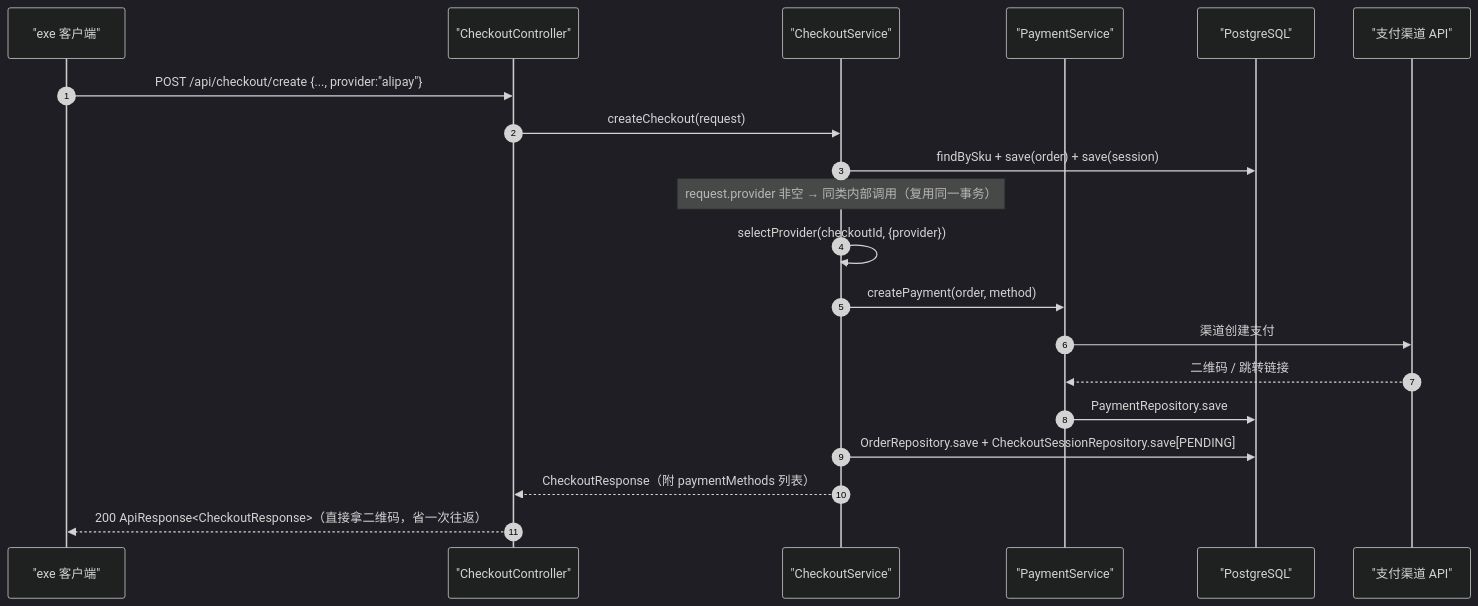
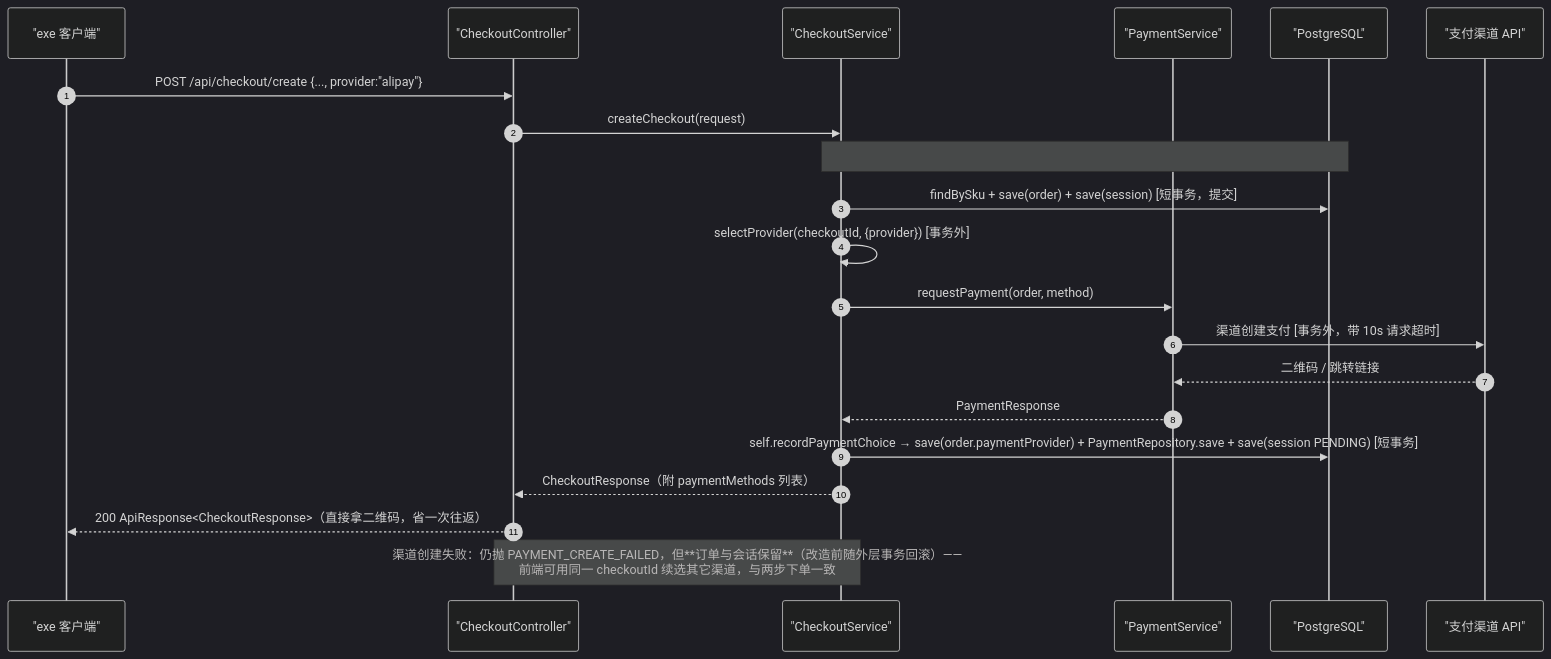
Before and after one commit to qingchuang12/billing-license-service: the eighth of 21 diagrams in docs/接口调用时序图.md, drawn with Mermaid (dark theme). The commit also changed other lines of this file and 9 other files, not shown here.

````diff
--- a/docs/接口调用时序图.md
+++ b/docs/接口调用时序图.md
@@ -464,23 +466,24 @@
 ```mermaid
 sequenceDiagram
     autonumber
     participant C as "exe 客户端"
     participant CT as "CheckoutController"
     participant CS as "CheckoutService"
     participant PS as "PaymentService"
     participant DB as "PostgreSQL"
     participant CH as "支付渠道 API"
 
     C->>CT: POST /api/checkout/create {..., provider:"alipay"}
     CT->>CS: createCheckout(request)
-    CS->>DB: findBySku + save(order) + save(session)
-    Note over CS: request.provider 非空 → 同类内部调用（复用同一事务）
-    CS->>CS: selectProvider(checkoutId, {provider})
-    CS->>PS: createPayment(order, method)
-    PS->>CH: 渠道创建支付
+    Note over CS,DB: #16：createCheckout 已不开事务——建单+建会话走 self.persistOrderAndSession 短事务
+    CS->>DB: findBySku + save(order) + save(session)   [短事务，提交]
+    CS->>CS: selectProvider(checkoutId, {provider})   [事务外]
+    CS->>PS: requestPayment(order, method)
+    PS->>CH: 渠道创建支付   [事务外，带 10s 请求超时]
     CH-->>PS: 二维码 / 跳转链接
-    PS->>DB: PaymentRepository.save
-    CS->>DB: OrderRepository.save + CheckoutSessionRepository.save[PENDING]
+    PS-->>CS: PaymentResponse
+    CS->>DB: self.recordPaymentChoice → save(order.paymentProvider) + PaymentRepository.save + save(session PENDING)   [短事务]
     CS-->>CT: CheckoutResponse（附 paymentMethods 列表）
     CT-->>C: 200 ApiResponse<CheckoutResponse>（直接拿二维码，省一次往返）
+    Note over CS,CT: 渠道创建失败：仍抛 PAYMENT_CREATE_FAILED，但**订单与会话保留**（改造前随外层事务回滚）——<br/>前端可用同一 checkoutId 续选其它渠道，与两步下单一致
 ```
````
